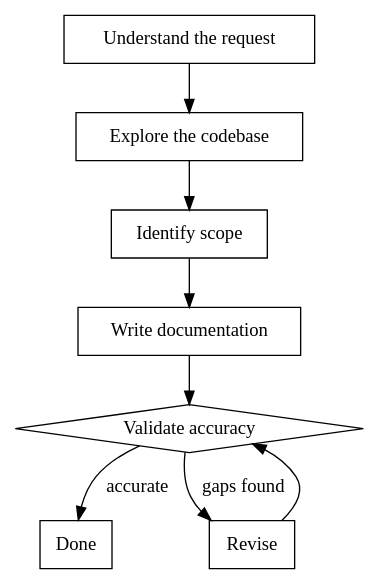
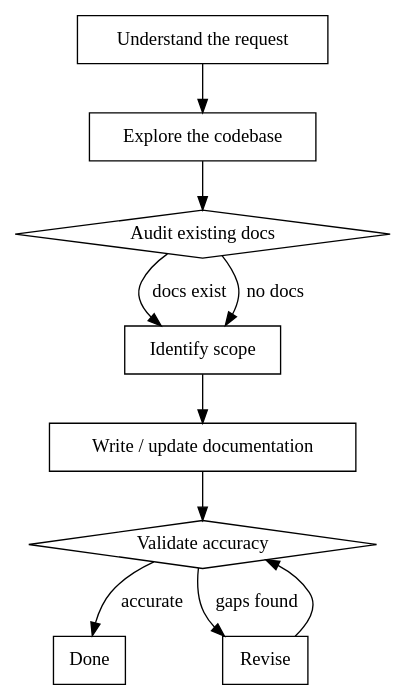
The diagram in skills/tech-docs/SKILL.md (thermiteau/maverick), drawn with Graphviz before and after one commit. The commit also changed other lines of this file and 153 other files, not shown here.

````diff
--- a/skills/tech-docs/SKILL.md
+++ b/skills/tech-docs/SKILL.md
@@ -17,19 +18,22 @@
 ```dot
 digraph docs {
     "Understand the request" [shape=box];
     "Explore the codebase" [shape=box];
+    "Audit existing docs" [shape=diamond];
     "Identify scope" [shape=box];
-    "Write documentation" [shape=box];
+    "Write / update documentation" [shape=box];
     "Validate accuracy" [shape=diamond];
     "Done" [shape=box];
     "Revise" [shape=box];
 
     "Understand the request" -> "Explore the codebase";
-    "Explore the codebase" -> "Identify scope";
-    "Identify scope" -> "Write documentation";
-    "Write documentation" -> "Validate accuracy";
+    "Explore the codebase" -> "Audit existing docs";
+    "Audit existing docs" -> "Identify scope" [label="docs exist"];
+    "Audit existing docs" -> "Identify scope" [label="no docs"];
+    "Identify scope" -> "Write / update documentation";
+    "Write / update documentation" -> "Validate accuracy";
     "Validate accuracy" -> "Done" [label="accurate"];
     "Validate accuracy" -> "Revise" [label="gaps found"];
     "Revise" -> "Validate accuracy";
 }
 ```
````
